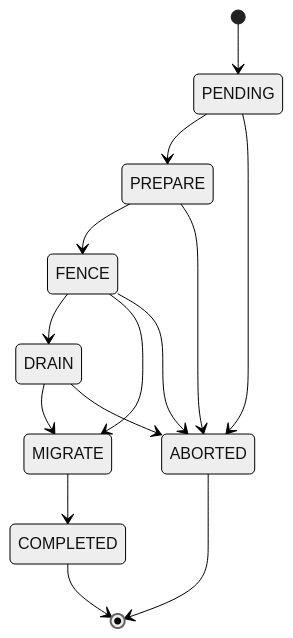
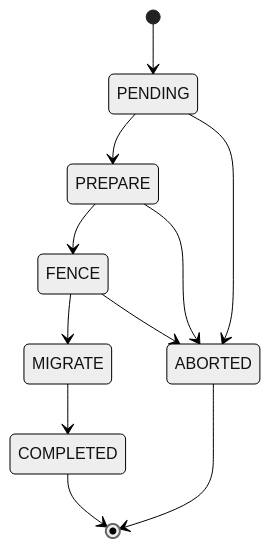
The second of 3 diagrams in vips/VIP-0003-rework.md (flipkart-incubator/varadhi), drawn with Mermaid (neutral theme) before and after one commit. The commit also changed other lines of this file, not shown here.

````diff
--- a/vips/VIP-0003-rework.md
+++ b/vips/VIP-0003-rework.md
@@ -261,16 +262,13 @@
 ```mermaid
 stateDiagram-v2
     [*] --> PENDING
     PENDING --> PREPARE
     PREPARE --> FENCE
-    FENCE --> DRAIN
     FENCE --> MIGRATE
-    DRAIN --> MIGRATE
     MIGRATE --> COMPLETED
     PENDING --> ABORTED
     PREPARE --> ABORTED
     FENCE --> ABORTED
-    DRAIN --> ABORTED
     COMPLETED --> [*]
     ABORTED --> [*]
 ```
````
